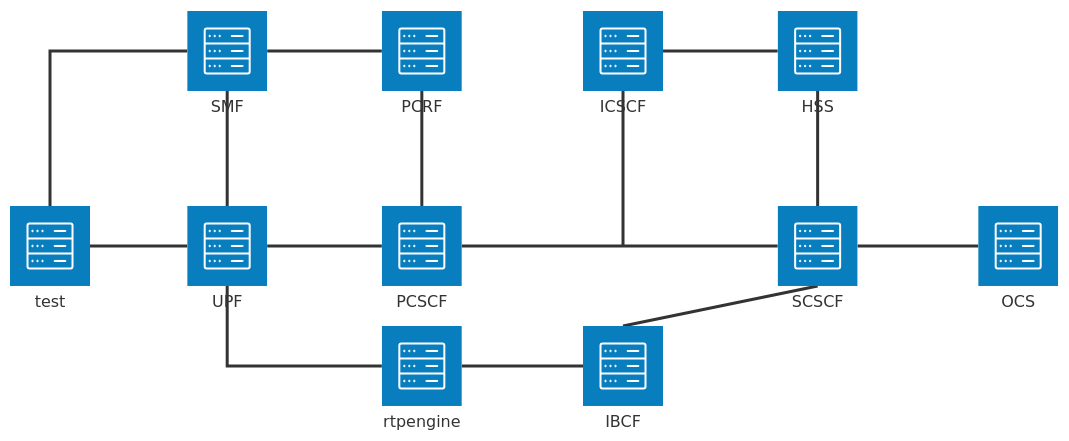
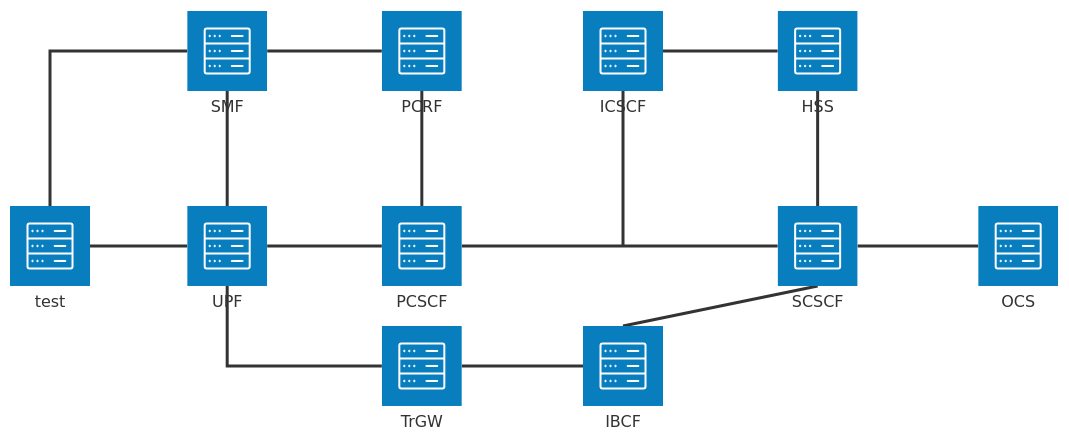
Before and after one commit to lyatanski/ims: the diagram in README.md, drawn with Mermaid. The commit also changed 33 other files, not shown here.

````diff
--- a/README.md
+++ b/README.md
@@ -4,35 +4,35 @@
 ```mermaid
 ---
 title: Architecture
 ---
 architecture-beta
 
     service test(server)[test]
     service smf(server)[SMF]
     service upf(server)[UPF]
     service hss(server)[HSS]
     service pcrf(server)[PCRF]
     service pcscf(server)[PCSCF]
     service icscf(server)[ICSCF]
     service scscf(server)[SCSCF]
     service ibcf(server)[IBCF]
-    service rtp(server)[rtpengine]
+    service trgw(server)[TrGW]
     service ocs(server)[OCS]
     junction Mw
 
     test:T -- L:smf
     test:R -- L:upf
     smf:B -- T:upf
     smf:R -- L:pcrf
     pcrf:B -- T:pcscf
     upf:R -- L:pcscf
-    upf:B -- L:rtp
+    upf:B -- L:trgw
     icscf:R -- L:hss
     scscf:T -- B:hss
     scscf:R -- L:ocs
     pcscf:R -- L:Mw
     icscf:B -- T:Mw
     scscf:L -- R:Mw
     scscf:B -- T:ibcf
-    ibcf:L -- R:rtp
+    ibcf:L -- R:trgw
 ```
````
